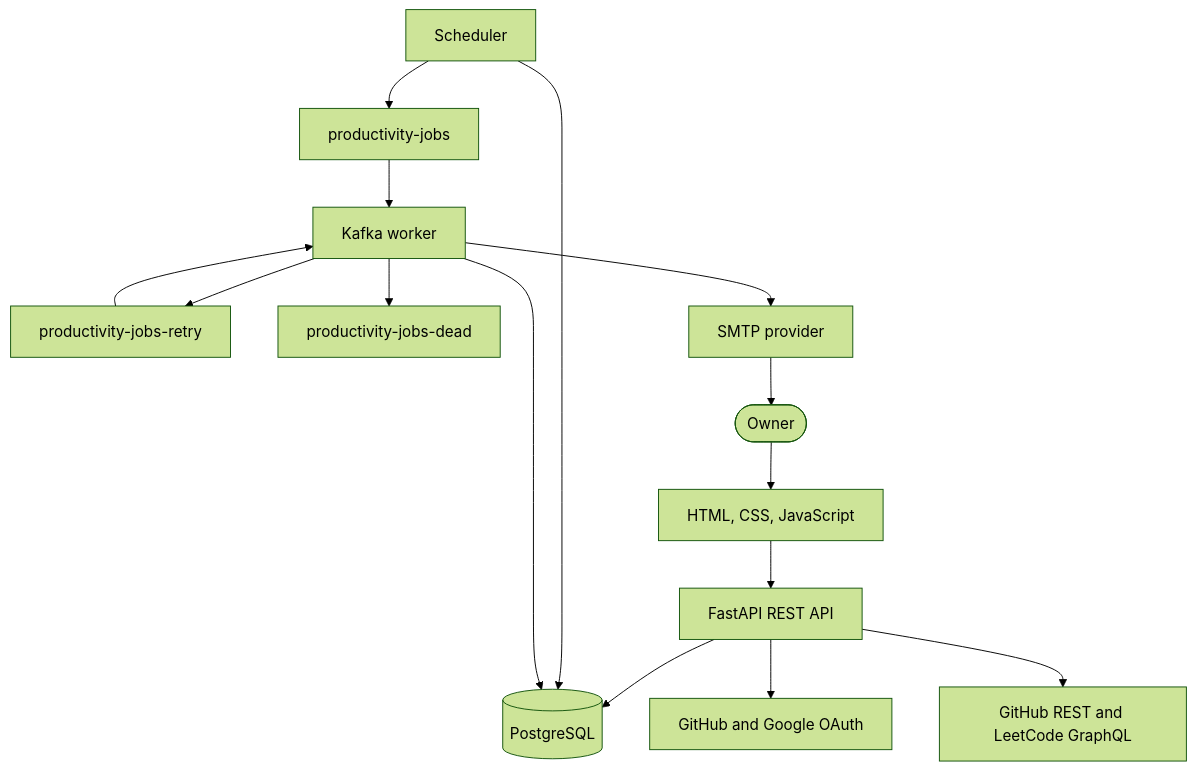
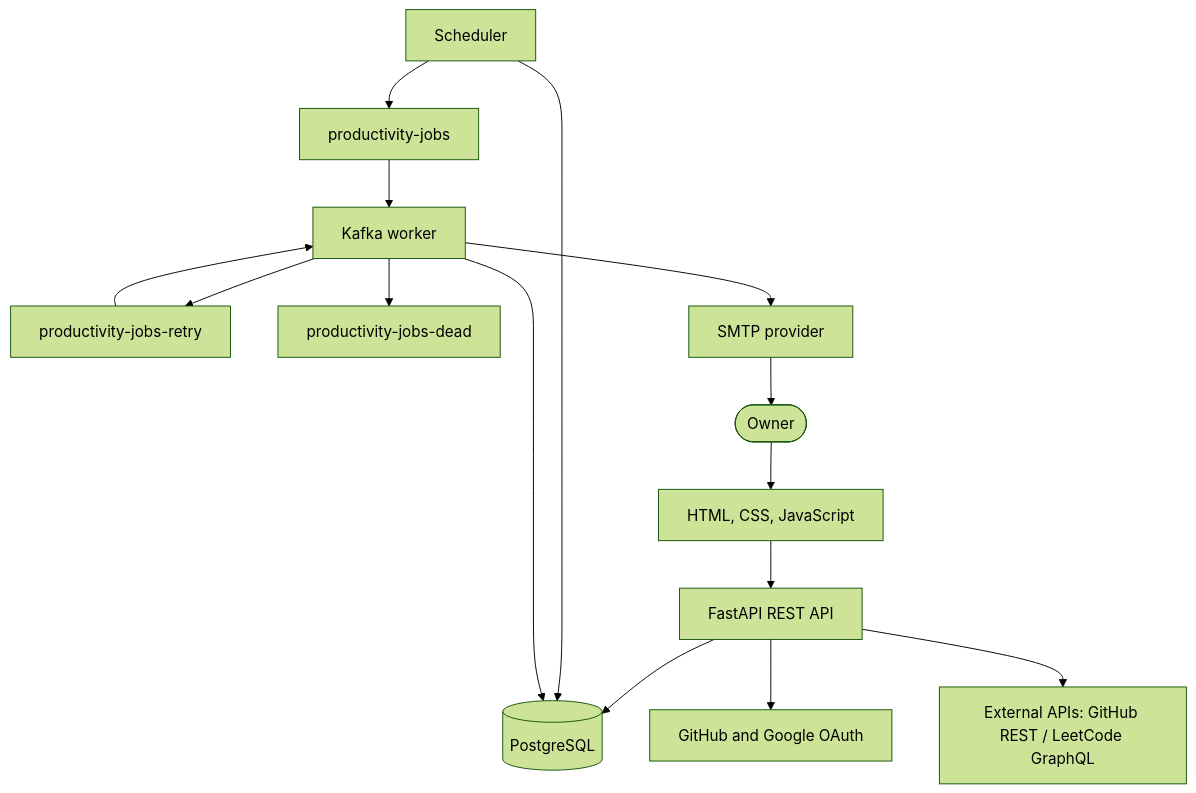
Before and after one commit to rajeev8008/Pace: the first of 2 diagrams in ARCHITECTURE.md, drawn with Mermaid (forest theme). The commit also changed other lines of this file and 1 other file, not shown here.

Commit message:
Documentation: sharpen Pace positioning and engineering overview
Add CI, Python, and license badges; lead with the productivity problem and concise engineering highlights; use recruiter-friendly architecture naming; identify GitHub REST and LeetCode GraphQL as external APIs; document the pace-workers group; and add a compact repository structure without expanding the README unnecessarily.

````diff
--- a/ARCHITECTURE.md
+++ b/ARCHITECTURE.md
@@ -7,18 +7,18 @@
 ```mermaid
 flowchart TB
     User([Owner]) --> UI[HTML, CSS, JavaScript]
     UI --> API[FastAPI REST API]
     API --> DB[(PostgreSQL)]
     API --> OAuth[GitHub and Google OAuth]
-    API --> Profiles[GitHub REST and LeetCode GraphQL]
+    API --> External[External APIs: GitHub REST / LeetCode GraphQL]
 
     Scheduler --> DB
     Scheduler --> MainTopic[productivity-jobs]
     MainTopic --> Worker[Kafka worker]
     RetryTopic[productivity-jobs-retry] --> Worker
     Worker --> DB
     Worker --> RetryTopic
     Worker --> DeadTopic[productivity-jobs-dead]
     Worker --> SMTP[SMTP provider]
     SMTP --> User
 ```
````
